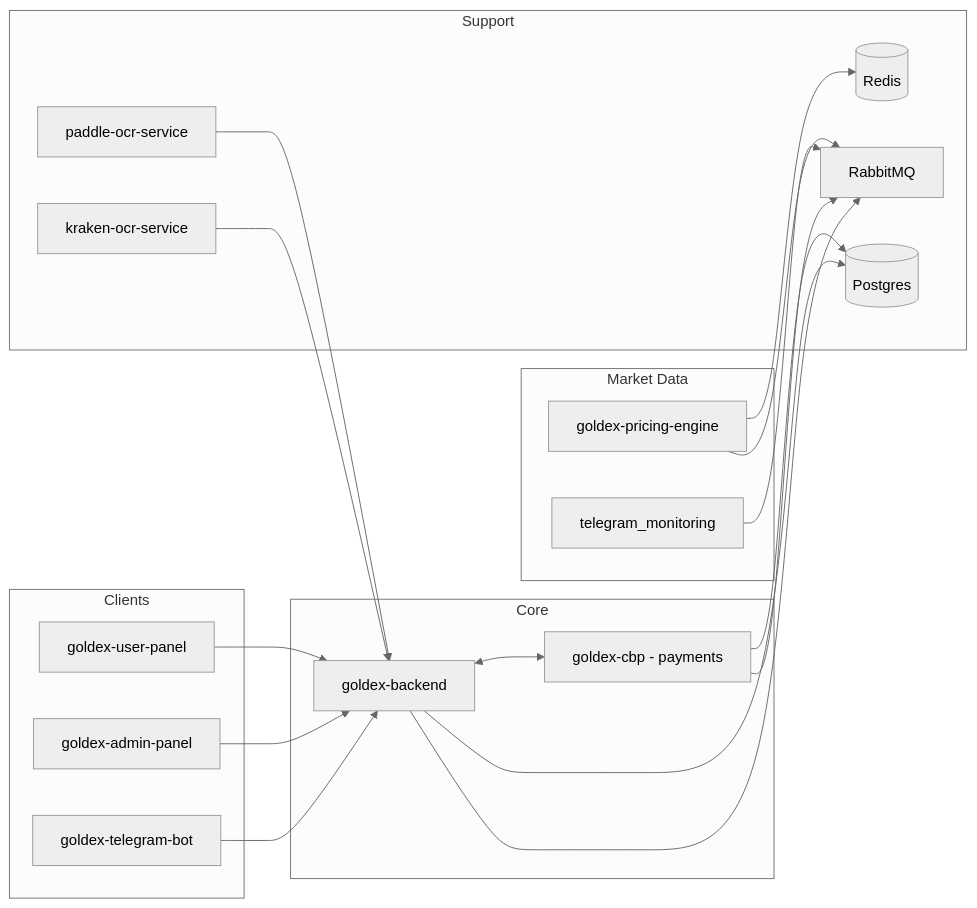
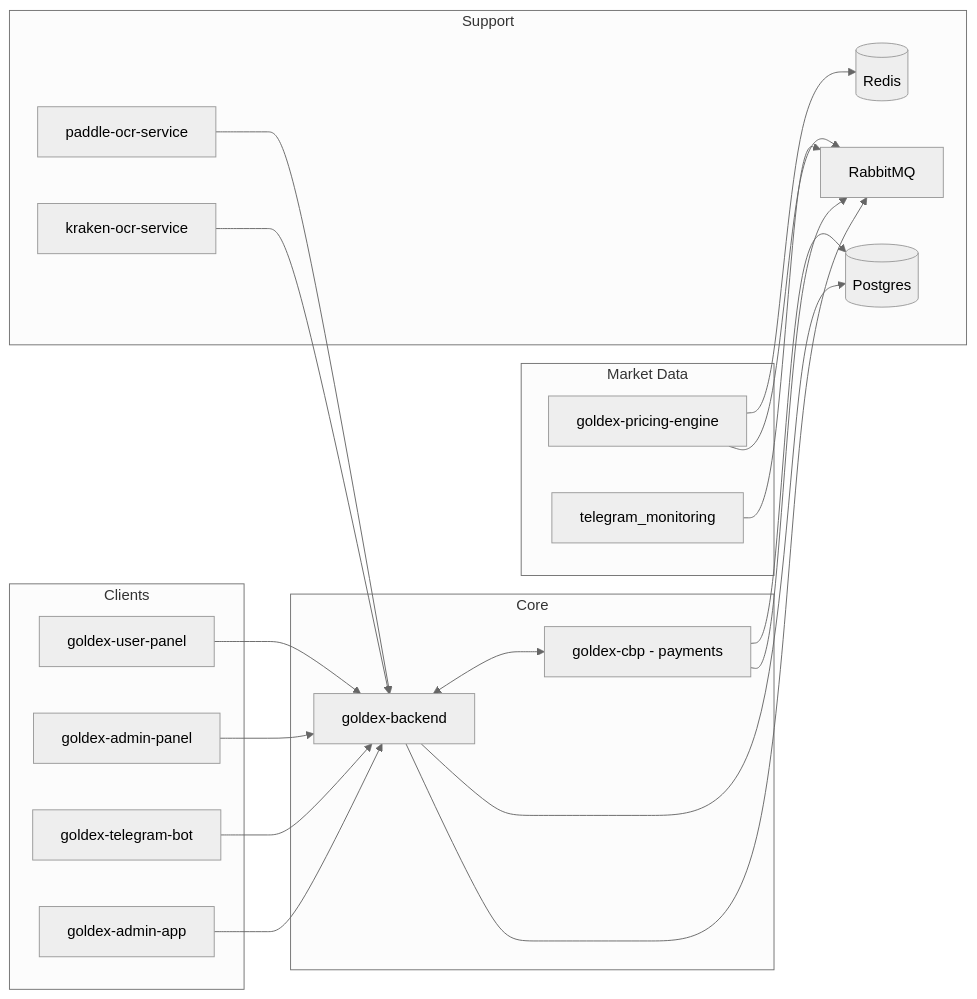
The diagram in README.md (CaptainFeri/goldex), drawn with Mermaid (neutral theme) before and after one commit. The commit also changed other lines of this file and 49 other files, not shown here.

First line of the commit message:
feat(admin-app): an operator console for the handset that receives the codes

````diff
--- a/README.md
+++ b/README.md
@@ -17,41 +17,43 @@
 ```mermaid
 flowchart LR
     subgraph Clients
         UP[goldex-user-panel] 
         AP[goldex-admin-panel]
         TB[goldex-telegram-bot]
+        AA[goldex-admin-app]
     end
 
     subgraph Core
         BE[goldex-backend]
         CBP[goldex-cbp - payments]
     end
 
     subgraph Market Data
         PE[goldex-pricing-engine]
         TM[telegram_monitoring]
     end
 
     subgraph Support
         OCR1[paddle-ocr-service]
         OCR2[kraken-ocr-service]
         RD[(Redis)]
         PG[(Postgres)]
         RMQ[RabbitMQ]
     end
 
     UP --> BE
     AP --> BE
     TB --> BE
+    AA --> BE
 
     BE <--> CBP
     BE --> PG
     CBP --> PG
     PE --> RD
     TM --> RMQ
     PE --> RMQ
     CBP --> RMQ
     BE --> RMQ
     OCR1 --> BE
     OCR2 --> BE
 ```
````
